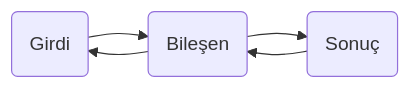
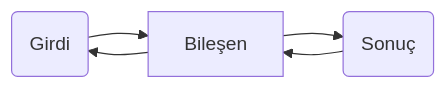
Before and after one commit to uruz-utku-un/uruz-analysis-articles: the third of 3 diagrams in docs/tr/Foundations-of-Uruz-Tree-of-Life-TR.md, drawn with Mermaid. The commit also changed other lines of this file, not shown here.

Commit message:
Fix formatting of mermaid diagrams in documentation

````diff
--- a/docs/tr/Foundations-of-Uruz-Tree-of-Life-TR.md
+++ b/docs/tr/Foundations-of-Uruz-Tree-of-Life-TR.md
@@ -151,9 +151,9 @@
 ```mermaid
 flowchart LR
 INPUT(Girdi)
 RESULT(Sonuç)
-COMPONENT(Bileşen)
+COMPONENT[Bileşen]
 
 INPUT --> COMPONENT --> RESULT
 RESULT --> COMPONENT --> INPUT
 ```
````
